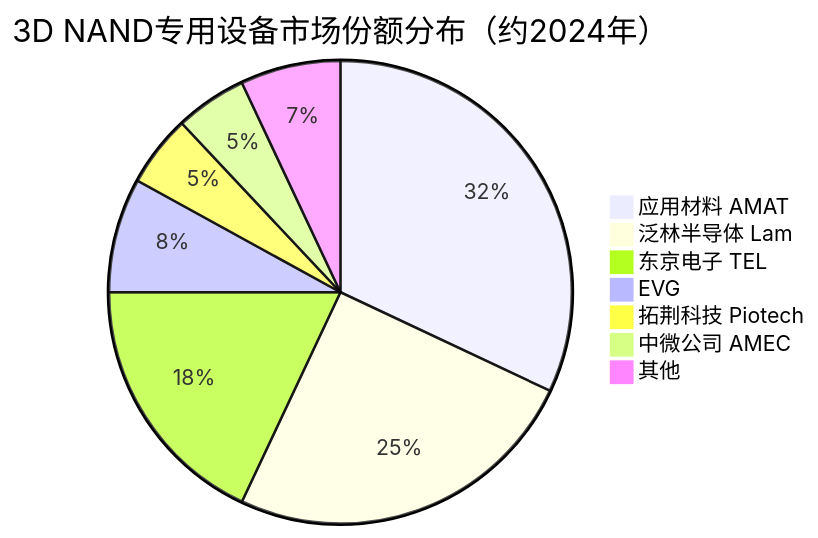
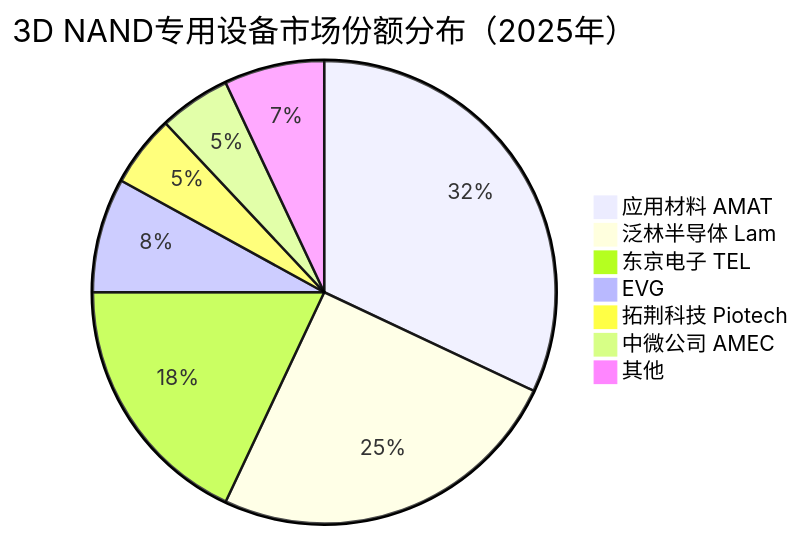
Before and after one commit to blueprint1453/industry-insight: the third of 3 diagrams in 存储产业链/上游/3D-NAND堆叠专用设备.md, drawn with Mermaid. The commit also changed other lines of this file and 78 other files, not shown here.

````diff
--- a/存储产业链/上游/3D-NAND堆叠专用设备.md
+++ b/存储产业链/上游/3D-NAND堆叠专用设备.md
@@ -109,10 +109,10 @@
 ```mermaid
-pie title 3D NAND专用设备市场份额分布（约2024年）
+pie title 3D NAND专用设备市场份额分布（2025年）
     "应用材料 AMAT" : 32
     "泛林半导体 Lam" : 25
     "东京电子 TEL" : 18
     "EVG" : 8
     "拓荆科技 Piotech" : 5
     "中微公司 AMEC" : 5
     "其他" : 7
 ```
````
